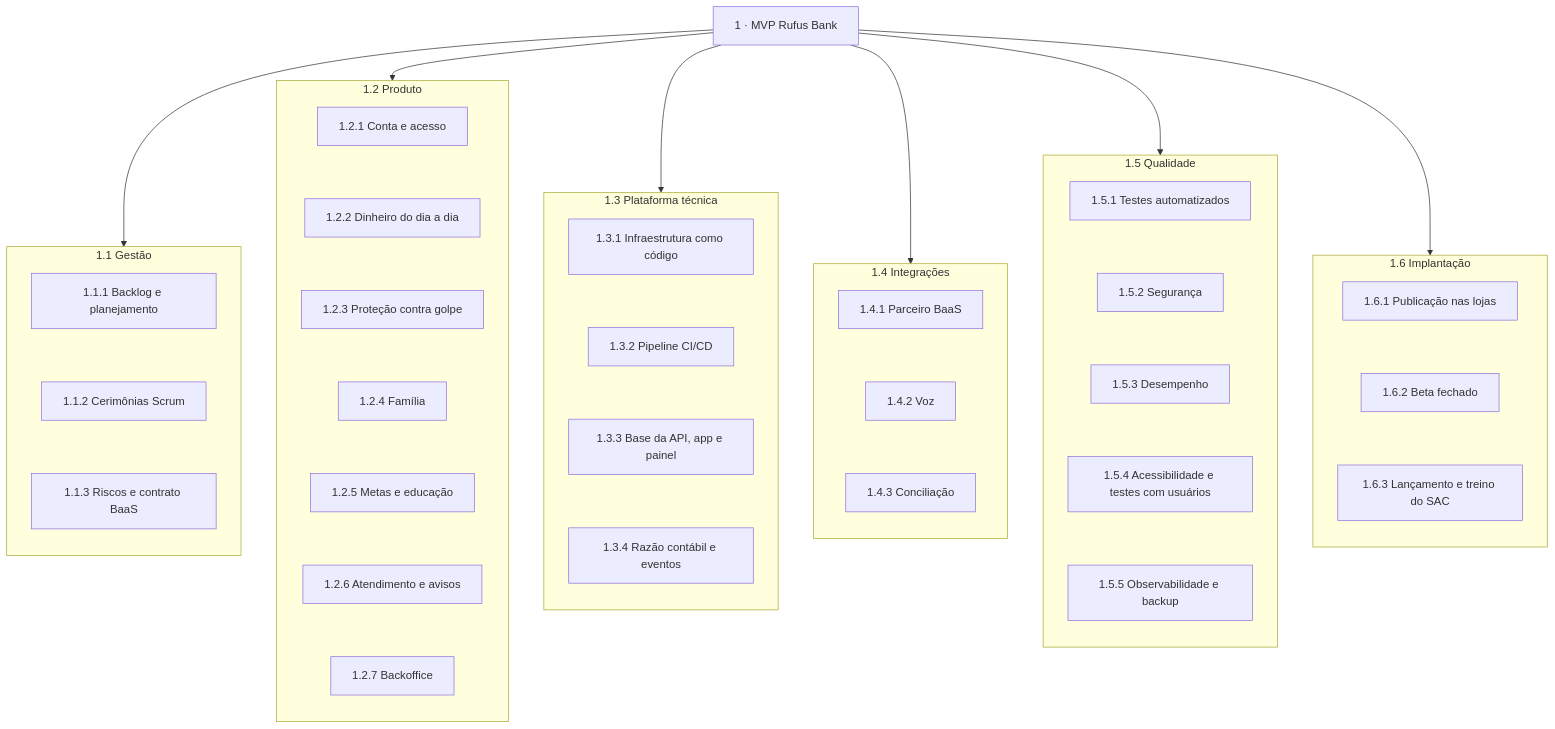
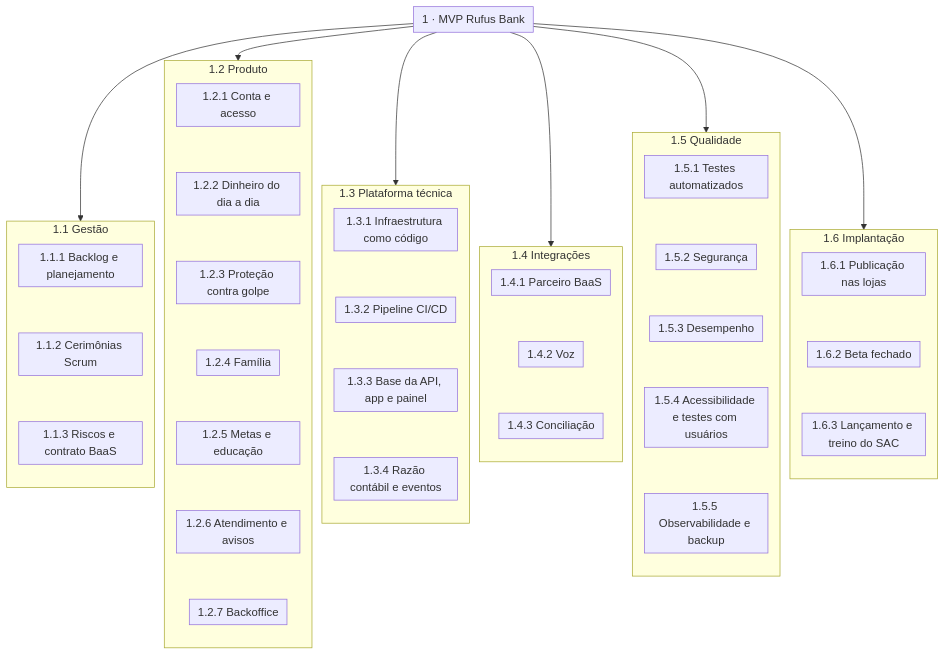
Before and after one commit to pethrus07/aps-projeto-final-rufus-bank: the diagram in bloco-7-planejamento/diagramas/wbs.mmd, drawn with Mermaid. The commit also changed 230 other files, not shown here.

```diff
--- a/bloco-7-planejamento/diagramas/wbs.mmd
+++ b/bloco-7-planejamento/diagramas/wbs.mmd
@@ -1,35 +1,36 @@
 %% titulo: WBS do MVP do Rufus Bank (níveis 1 a 3)
+%%{init: {"flowchart": {"wrappingWidth": 150, "nodeSpacing": 14, "rankSpacing": 40, "padding": 6}}}%%
 flowchart TB
     R["1 · MVP Rufus Bank"]
 
     subgraph G["1.1 Gestão"]
         direction TB
         G1["1.1.1 Backlog e planejamento"] ~~~ G2["1.1.2 Cerimônias Scrum"] ~~~ G3["1.1.3 Riscos e contrato BaaS"]
     end
     subgraph P["1.2 Produto"]
         direction TB
         P1["1.2.1 Conta e acesso"] ~~~ P2["1.2.2 Dinheiro do dia a dia"] ~~~ P3["1.2.3 Proteção contra golpe"] ~~~ P4["1.2.4 Família"] ~~~ P5["1.2.5 Metas e educação"] ~~~ P6["1.2.6 Atendimento e avisos"] ~~~ P7["1.2.7 Backoffice"]
     end
     subgraph T["1.3 Plataforma técnica"]
         direction TB
         T1["1.3.1 Infraestrutura como código"] ~~~ T2["1.3.2 Pipeline CI/CD"] ~~~ T3["1.3.3 Base da API, app e painel"] ~~~ T4["1.3.4 Razão contábil e eventos"]
     end
     subgraph I["1.4 Integrações"]
         direction TB
         I1["1.4.1 Parceiro BaaS"] ~~~ I2["1.4.2 Voz"] ~~~ I3["1.4.3 Conciliação"]
     end
     subgraph Q["1.5 Qualidade"]
         direction TB
         Q1["1.5.1 Testes automatizados"] ~~~ Q2["1.5.2 Segurança"] ~~~ Q3["1.5.3 Desempenho"] ~~~ Q4["1.5.4 Acessibilidade e testes com usuários"] ~~~ Q5["1.5.5 Observabilidade e backup"]
     end
     subgraph D["1.6 Implantação"]
         direction TB
         D1["1.6.1 Publicação nas lojas"] ~~~ D2["1.6.2 Beta fechado"] ~~~ D3["1.6.3 Lançamento e treino do SAC"]
     end
 
     R --> G
     R --> P
     R --> T
     R --> I
     R --> Q
     R --> D
```
